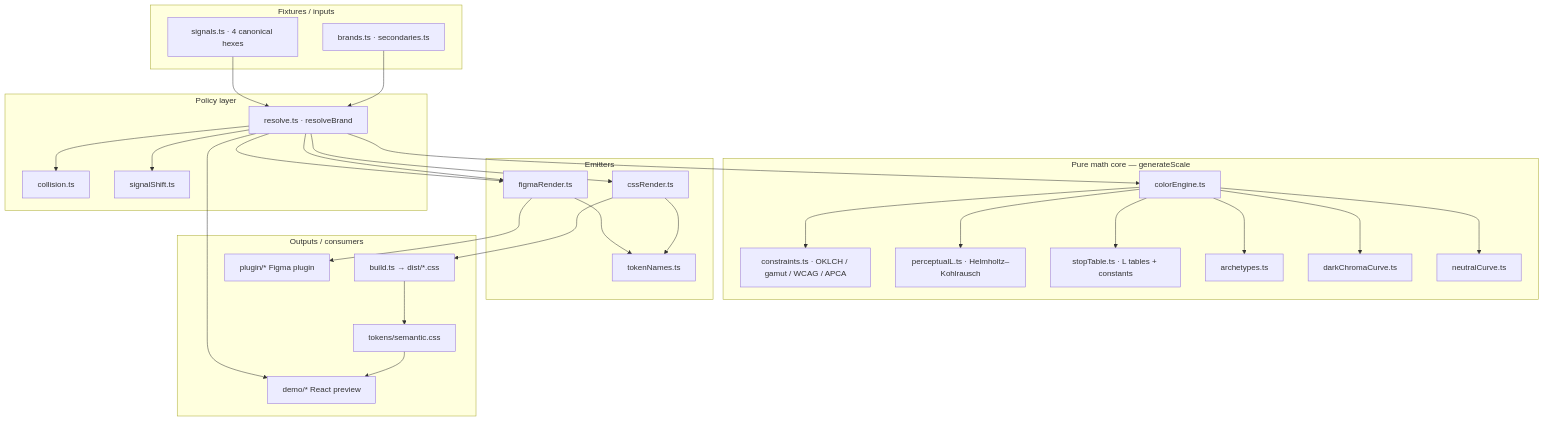
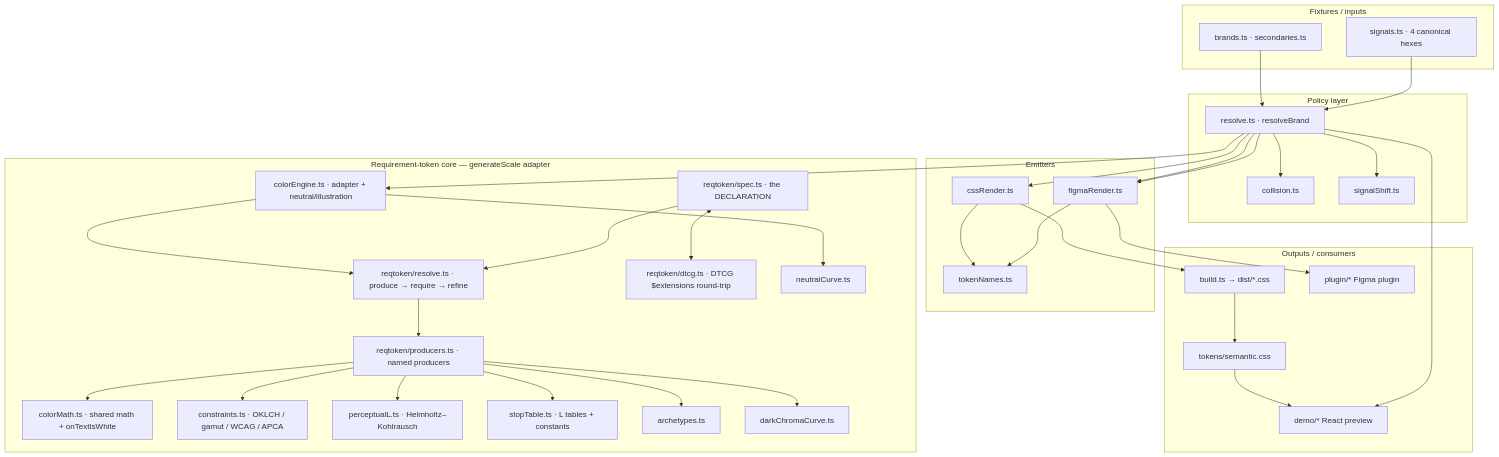
The diagram in docs/architecture.md (egerrity/okchroma), drawn with Mermaid before and after one commit. The commit also changed other lines of this file and 37 other files, not shown here.

````diff
--- a/docs/architecture.md
+++ b/docs/architecture.md
@@ -65,50 +69,60 @@
 ```mermaid
 flowchart TD
     subgraph Inputs["Fixtures / inputs"]
       B[brands.ts · secondaries.ts]
       SIG[signals.ts · 4 canonical hexes]
     end
 
     subgraph Policy["Policy layer"]
       R[resolve.ts · resolveBrand]
       COL[collision.ts]
       SH[signalShift.ts]
     end
 
-    subgraph Core["Pure math core — generateScale"]
-      CE[colorEngine.ts]
+    subgraph Core["Requirement-token core — generateScale adapter"]
+      CE[colorEngine.ts · adapter + neutral/illustration]
+      SPEC[reqtoken/spec.ts · the DECLARATION]
+      RES[reqtoken/resolve.ts · produce → require → refine]
+      PROD[reqtoken/producers.ts · named producers]
+      DTCG[reqtoken/dtcg.ts · DTCG $extensions round-trip]
+      CM[colorMath.ts · shared math + onTextIsWhite]
       CON[constraints.ts · OKLCH / gamut / WCAG / APCA]
       PL[perceptualL.ts · Helmholtz–Kohlrausch]
       ST[stopTable.ts · L tables + constants]
       AR[archetypes.ts]
       DCC[darkChromaCurve.ts]
       NC[neutralCurve.ts]
     end
 
     subgraph Emit["Emitters"]
       CSS[cssRender.ts]
       FIG[figmaRender.ts]
       TN[tokenNames.ts]
     end
 
     subgraph Out["Outputs / consumers"]
       BUILD[build.ts → dist/*.css]
       SEM[tokens/semantic.css]
       DEMO[demo/* React preview]
       PLUG[plugin/* Figma plugin]
     end
 
     B --> R
     SIG --> R
     R --> CE
     R --> COL
     R --> SH
-    CE --> CON & PL & ST & AR & DCC & NC
+    CE --> RES
+    SPEC --> RES
+    RES --> PROD
+    SPEC <--> DTCG
+    PROD --> CM & CON & PL & ST & AR & DCC
+    CE --> NC
     R --> CSS & FIG
     CSS --> TN
     FIG --> TN
     CSS --> BUILD
     BUILD --> SEM --> DEMO
     R --> DEMO
     R --> FIG --> PLUG
 ```
````
